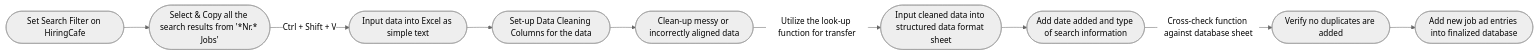
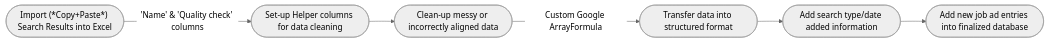
The diagram in README.md (jameszka997/Job-Advert-Database), drawn with Mermaid (neutral theme) before and after one commit. The commit also changed other lines of this file, not shown here.

````diff
--- a/README.md
+++ b/README.md
@@ -17,12 +17,9 @@
 ```mermaid
 flowchart LR;
-A(["Set Search Filter on HiringCafe"]) --> B;
-B(["Select & Copy all the search results from '*Nr.* Jobs'"]) --> |Ctrl + Shift + V| C;
-C(["Input data into Excel as simple text"]) --> D;
-D(["Set-up Data Cleaning Columns for the data"]) --> E;
-E(["Clean-up messy or incorrectly aligned data"]) --> |Utilize the look-up function for transfer| F;
-F(["Input cleaned data into structured data format sheet"]) --> G;
-G(["Add date added and type of search information"]) --> |Cross-check function against database sheet| H;
-H(["Verify no duplicates are added"]) --> I;
-I(["Add new job ad entries into finalized database"])
+A(["Import (*Copy+Paste*) Search Results into Excel"]) --> |'Name' & 'Quality check' columns| B;
+B(["Set-up Helper columns for data cleaning"]) --> C;
+C(["Clean-up messy or incorrectly aligned data"]) --> |Custom Google ArrayFormula| D;
+D(["Transfer data into structured format"]) --> E;
+E(["Add search type/date added information"]) --> F
+F(["Add new job ad entries into finalized database"])
 ```
````
